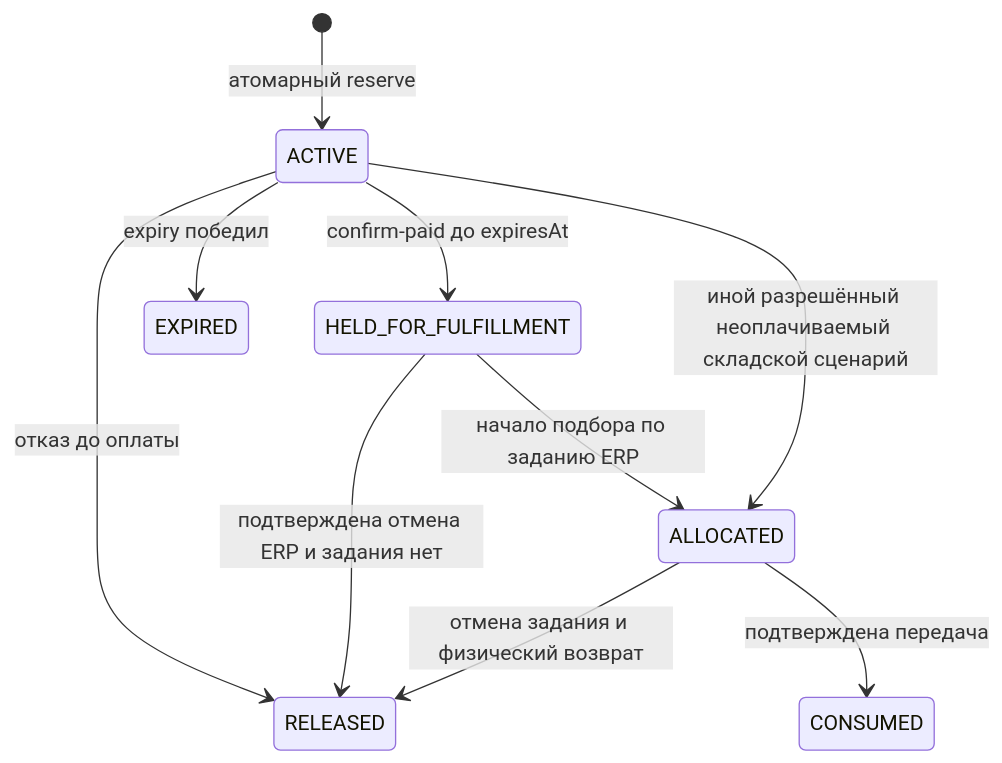
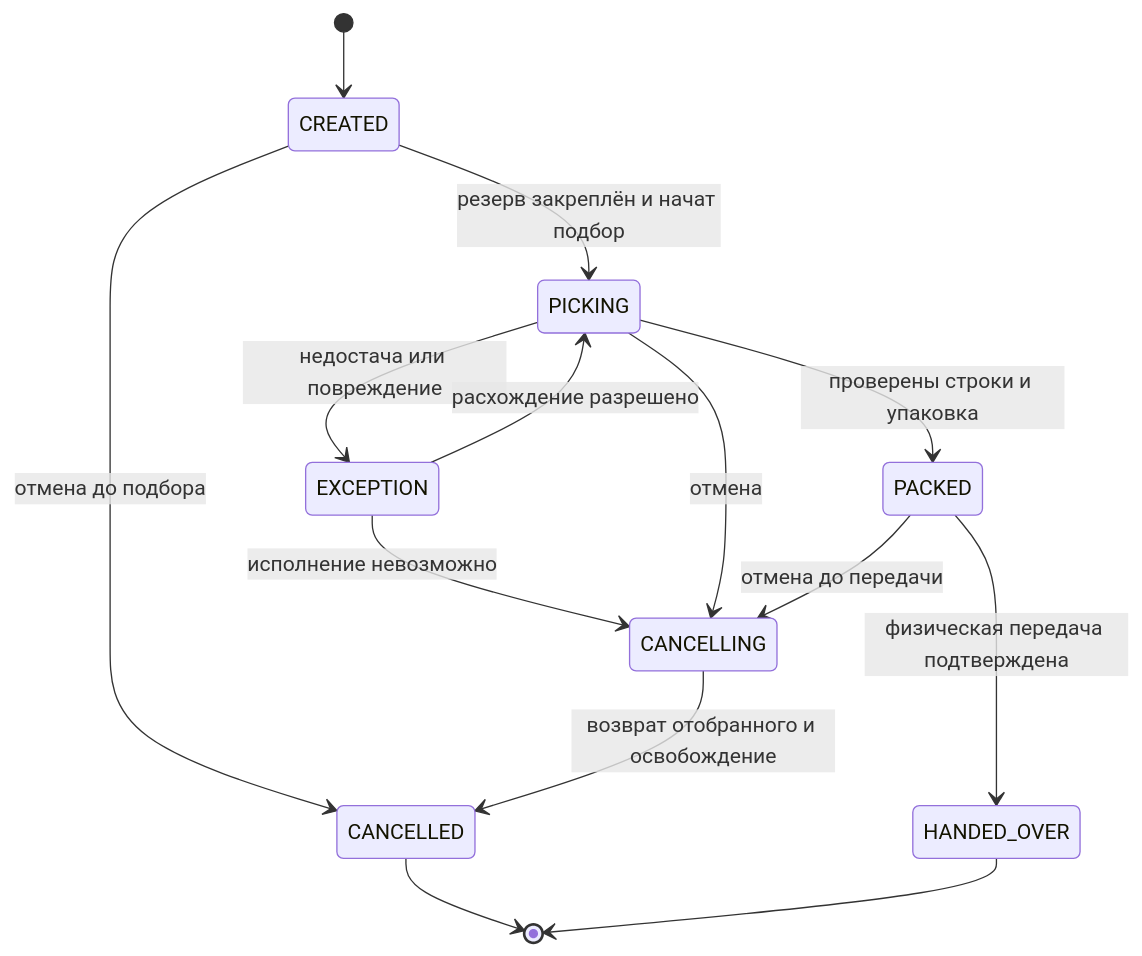
Before and after one commit to rsingatulin/hse_architecture: the second of 2 diagrams in 03_warehouse_domain/03_Data_Architecture/Data_Entities/WH-DAT-001-data-model.md, drawn with Mermaid. The commit also changed other lines of this file and 59 other files, not shown here.

First line of the commit message:
Revert Warehouse architecture updates

````diff
--- a/03_warehouse_domain/03_Data_Architecture/Data_Entities/WH-DAT-001-data-model.md
+++ b/03_warehouse_domain/03_Data_Architecture/Data_Entities/WH-DAT-001-data-model.md
@@ -50,12 +83,16 @@
 ```mermaid
 stateDiagram-v2
-  [*] --> ACTIVE: атомарный reserve
-  ACTIVE --> HELD_FOR_FULFILLMENT: confirm-paid до expiresAt
-  ACTIVE --> EXPIRED: expiry победил
-  ACTIVE --> RELEASED: отказ до оплаты
-  HELD_FOR_FULFILLMENT --> ALLOCATED: начало подбора по заданию ERP
-  ACTIVE --> ALLOCATED: иной разрешённый неоплачиваемый складской сценарий
-  HELD_FOR_FULFILLMENT --> RELEASED: подтверждена отмена ERP и задания нет
-  ALLOCATED --> RELEASED: отмена задания и физический возврат
-  ALLOCATED --> CONSUMED: подтверждена передача
+  [*] --> CREATED
+  CREATED --> PICKING: резерв закреплён и начат подбор
+  CREATED --> CANCELLED: отмена до подбора
+  PICKING --> PACKED: проверены строки и упаковка
+  PICKING --> EXCEPTION: недостача или повреждение
+  EXCEPTION --> PICKING: расхождение разрешено
+  EXCEPTION --> CANCELLING: исполнение невозможно
+  PICKING --> CANCELLING: отмена
+  PACKED --> CANCELLING: отмена до передачи
+  CANCELLING --> CANCELLED: возврат отобранного и освобождение
+  PACKED --> HANDED_OVER: физическая передача подтверждена
+  CANCELLED --> [*]
+  HANDED_OVER --> [*]
 ```
````
